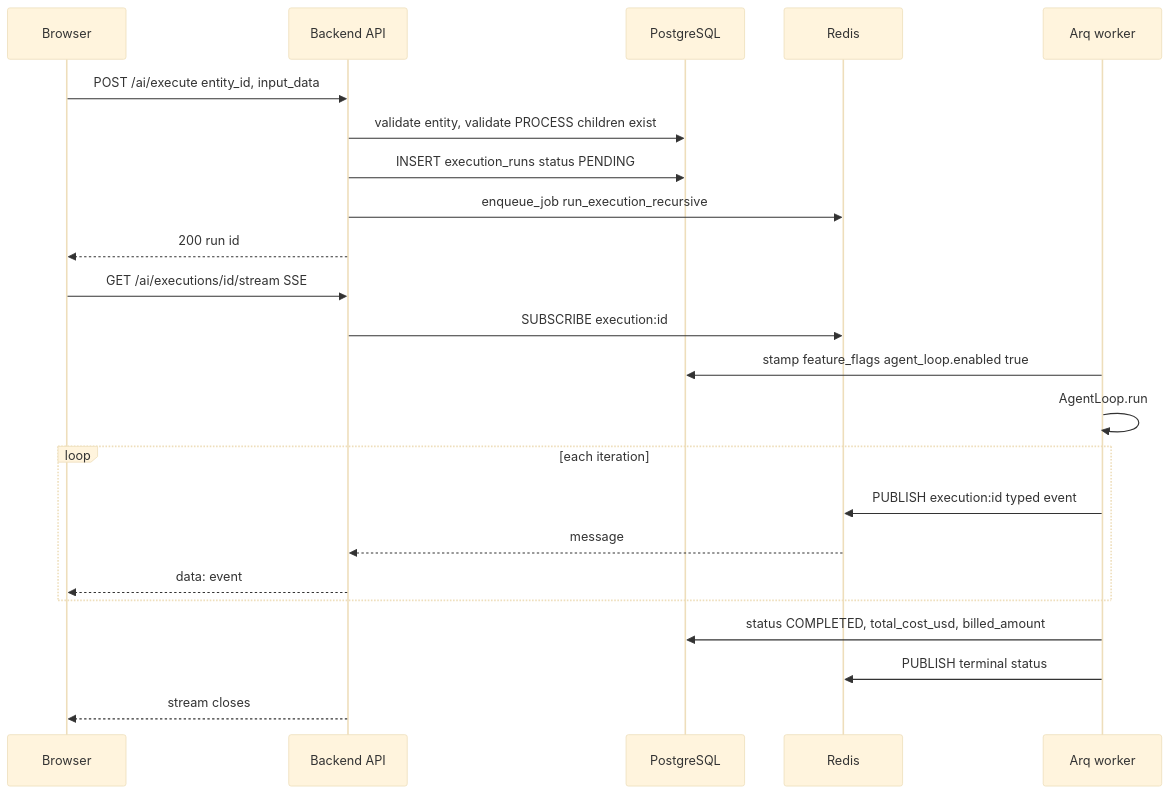
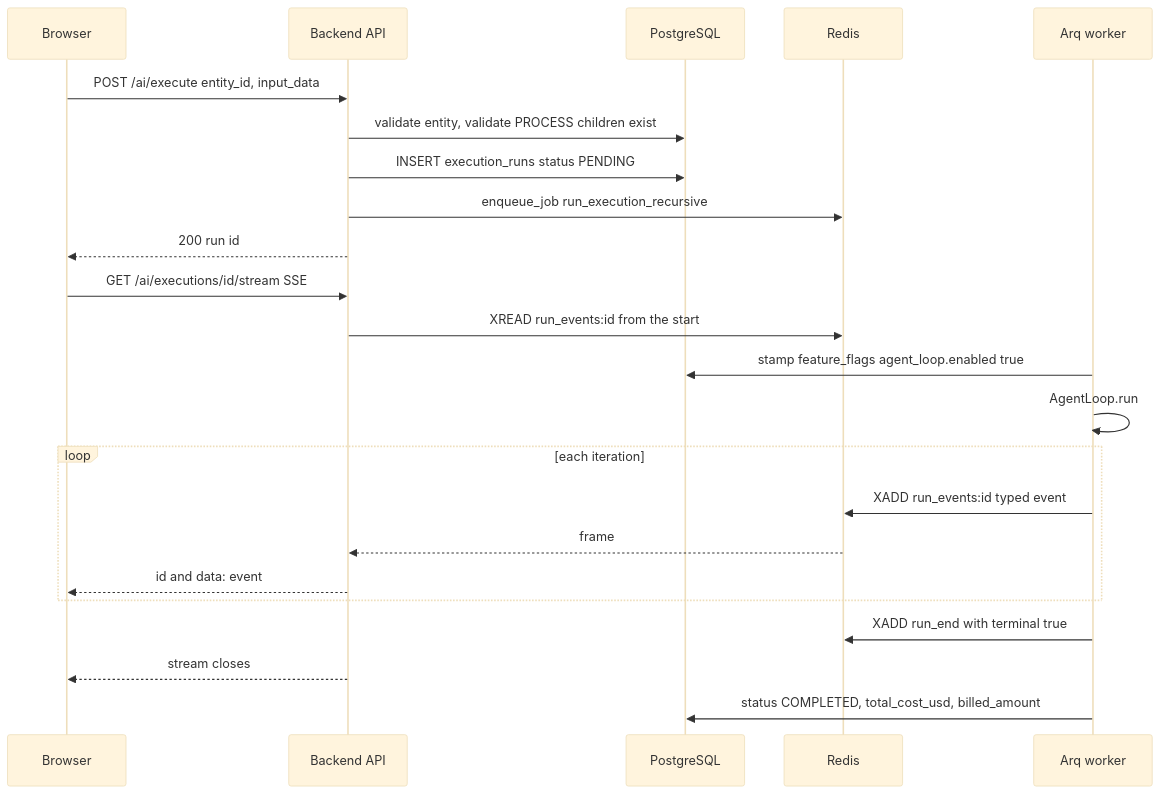
Before and after one commit to gondolerahul/hire-buddha-app: diagram 11 of 31 in docs/current/01-product-overview.md, drawn with Mermaid (base theme). The commit also changed other lines of this file and 31 other files, not shown here.

````diff
--- a/docs/current/01-product-overview.md
+++ b/docs/current/01-product-overview.md
@@ -688,26 +688,26 @@
 ```mermaid
 sequenceDiagram
     participant U as Browser
     participant API as Backend API
     participant DB as PostgreSQL
     participant R as Redis
     participant W as Arq worker
 
     U->>API: POST /ai/execute entity_id, input_data
     API->>DB: validate entity, validate PROCESS children exist
     API->>DB: INSERT execution_runs status PENDING
     API->>R: enqueue_job run_execution_recursive
     API-->>U: 200 run id
     U->>API: GET /ai/executions/id/stream  SSE
-    API->>R: SUBSCRIBE execution:id
+    API->>R: XREAD run_events:id from the start
     W->>DB: stamp feature_flags agent_loop.enabled true
     W->>W: AgentLoop.run
     loop each iteration
-        W->>R: PUBLISH execution:id typed event
-        R-->>API: message
-        API-->>U: data: event
+        W->>R: XADD run_events:id typed event
+        R-->>API: frame
+        API-->>U: id and data: event
     end
+    W->>R: XADD run_end with terminal true
+    API-->>U: stream closes
     W->>DB: status COMPLETED, total_cost_usd, billed_amount
-    W->>R: PUBLISH terminal status
-    API-->>U: stream closes
 ```
````
